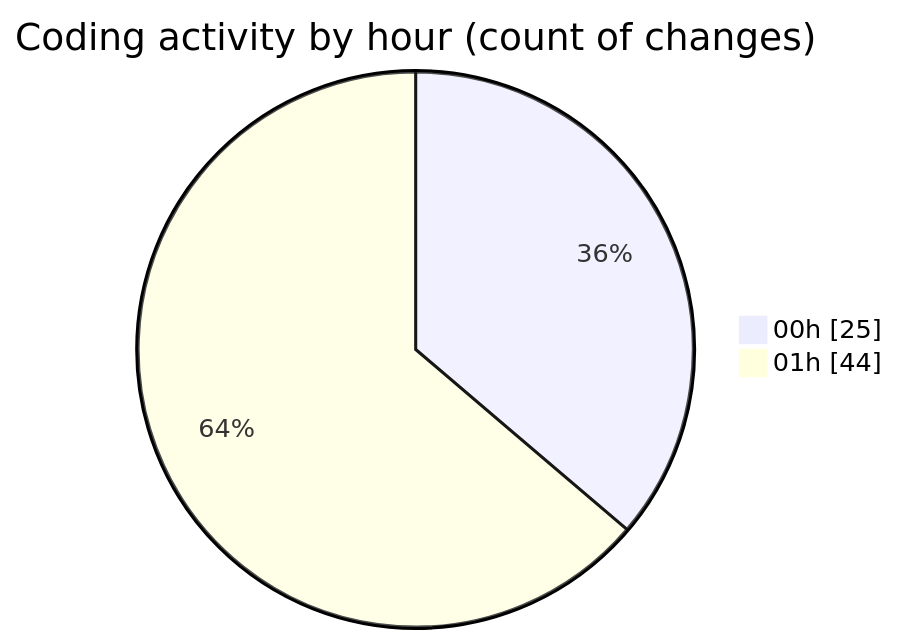
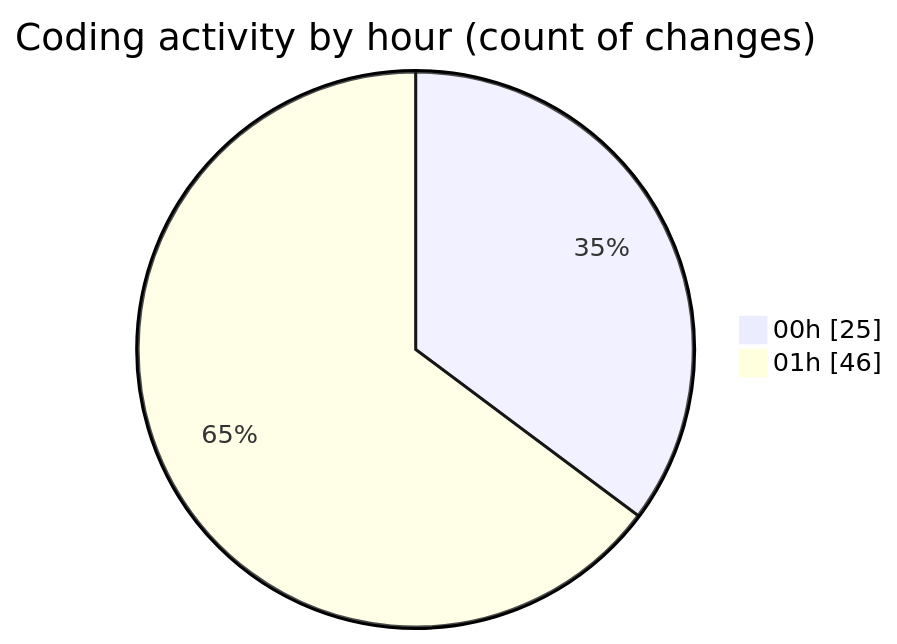
Before and after one commit to lephambinh05/code-tracking: the second of 2 diagrams in 2025-07-14/rentotp/README.md, drawn with Mermaid. The commit also changed other lines of this file and 1 other file, not shown here.

````diff
--- a/2025-07-14/rentotp/README.md
+++ b/2025-07-14/rentotp/README.md
@@ -54,6 +54,6 @@
 ```mermaid
 pie showData
 title Coding activity by hour (count of changes)
 "00h" : 25
-"01h" : 44
+"01h" : 46
 ```
````
